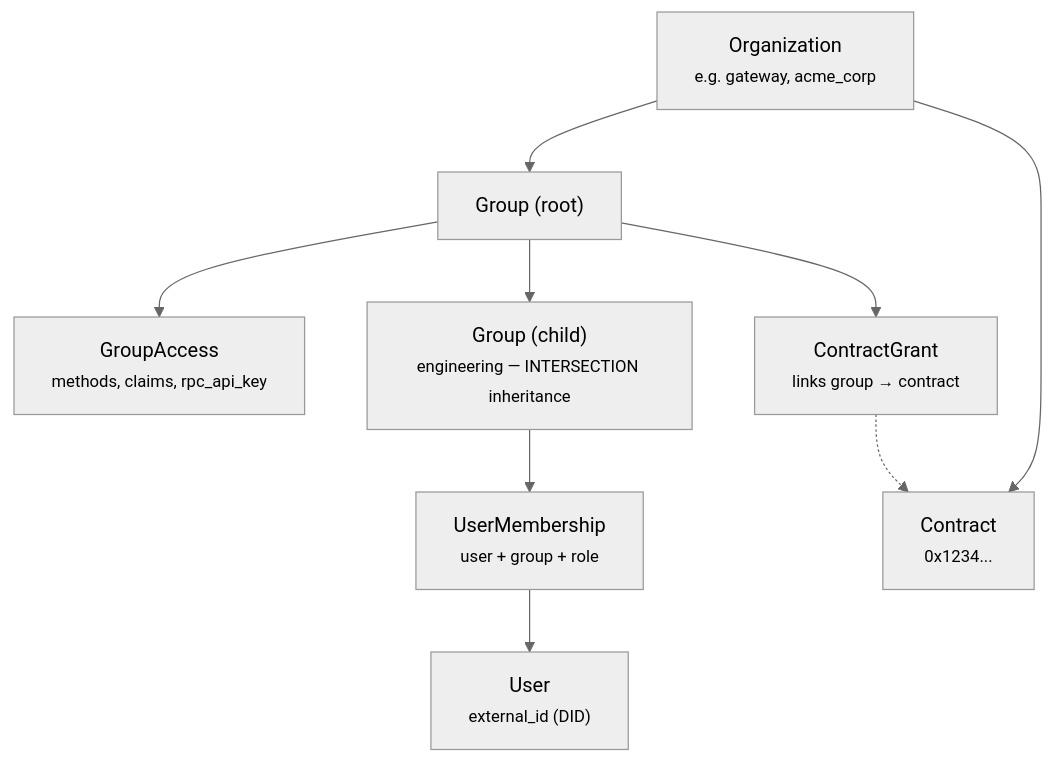
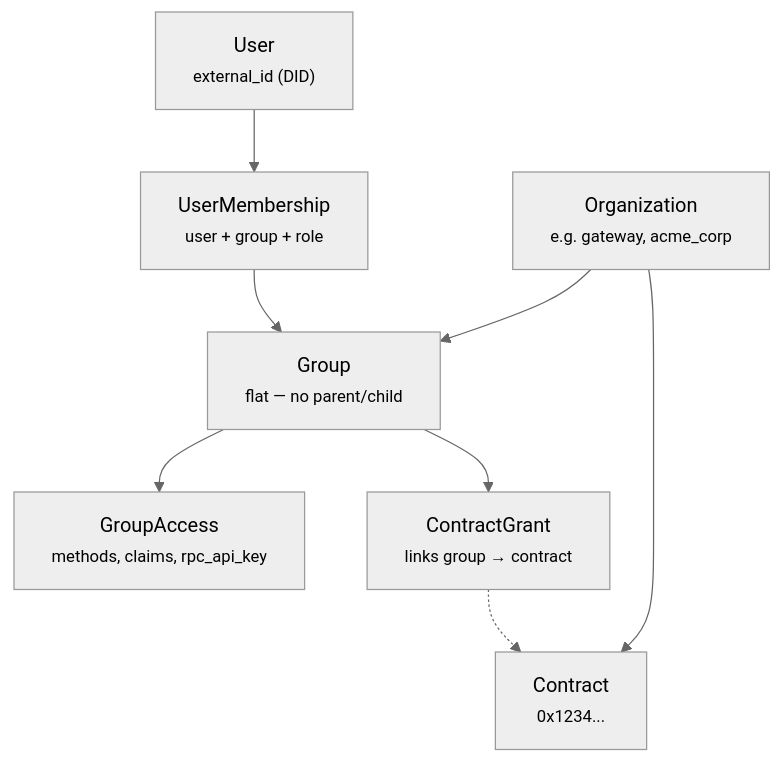
One commit to alainncls/open-privacy-suite changed the second of 3 diagrams in site/src/app/docs/rbac/page.mdx. Above: the diagram before and after it, drawn with Mermaid (neutral theme). The commit also changed other lines of this file and 3 other files, not shown here.

````diff
--- a/site/src/app/docs/rbac/page.mdx
+++ b/site/src/app/docs/rbac/page.mdx
@@ -126,20 +126,18 @@
 ```mermaid
 graph TD
     Org["Organization<br/><small>e.g. gateway, acme_corp</small>"]
-    Group["Group (root)"]
+    Group["Group<br/><small>flat — no parent/child</small>"]
     GA["GroupAccess<br/><small>methods, claims, rpc_api_key</small>"]
     CG["ContractGrant<br/><small>links group → contract</small>"]
-    Child["Group (child)<br/><small>engineering — INTERSECTION inheritance</small>"]
     UM["UserMembership<br/><small>user + group + role</small>"]
     User["User<br/><small>external_id (DID)</small>"]
     Contract["Contract<br/><small>0x1234...</small>"]
 
     Org --> Group
     Org --> Contract
     Group --> GA
     Group --> CG
-    Group --> Child
-    Child --> UM
-    UM --> User
+    User --> UM
+    UM --> Group
     CG -.-> Contract
 ```
````
